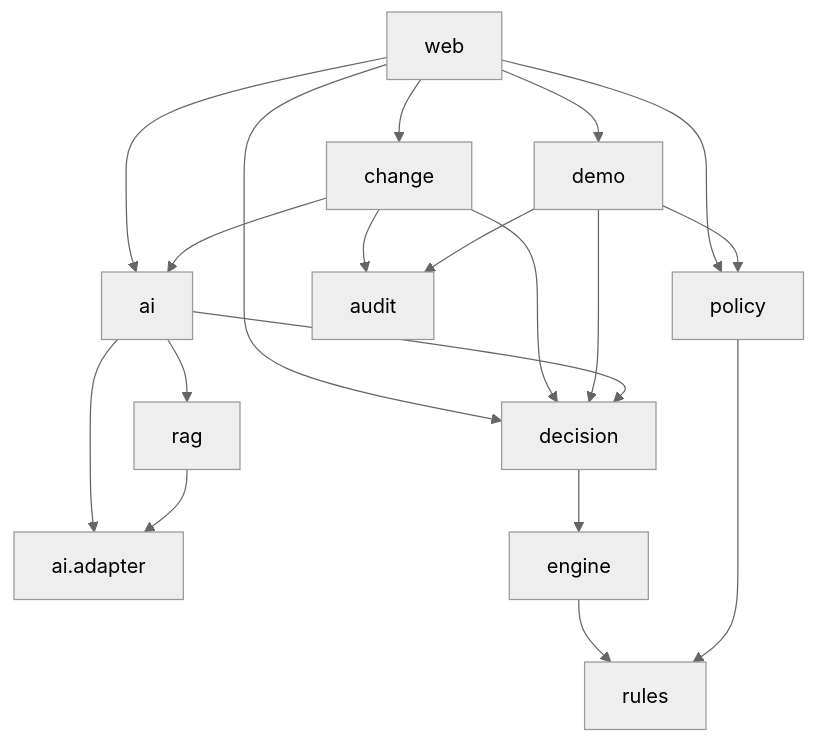
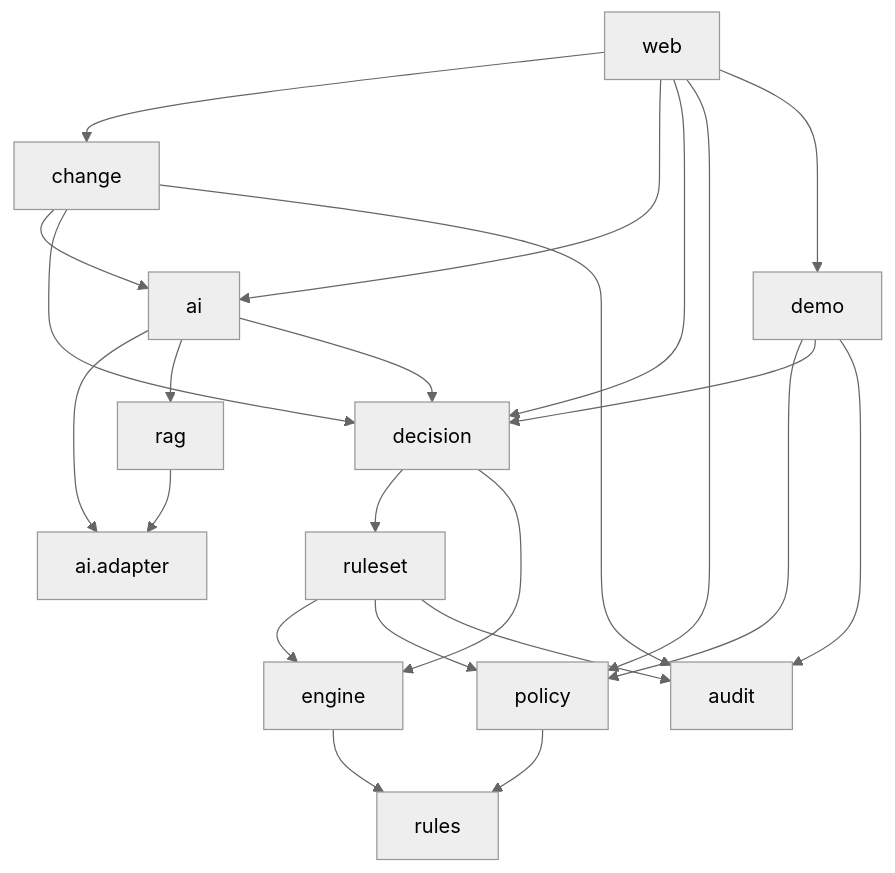
Before and after one commit to liorshaya/PolicyPilot: the third of 10 diagrams in docs/02-architecture.md, drawn with Mermaid (neutral theme). The commit also changed other lines of this file and 3 other files, not shown here.

````diff
--- a/docs/02-architecture.md
+++ b/docs/02-architecture.md
@@ -86,21 +87,25 @@
 ```mermaid
 flowchart TD
   W[web] --> C[change]
   W --> AI[ai]
   W --> D[decision]
   W --> P[policy]
   W --> DM[demo]
   C --> AI
   C --> D
   C --> AU[audit]
   DM --> P
   DM --> D
   DM --> AU
   AI --> AD[ai.adapter]
   AI --> G[rag]
   G --> AD
   AI --> D
+  D --> RS[ruleset]
+  RS --> E
+  RS --> P
+  RS --> AU
   D --> E[engine]
   E --> R[rules]
   P --> R
 ```
````
